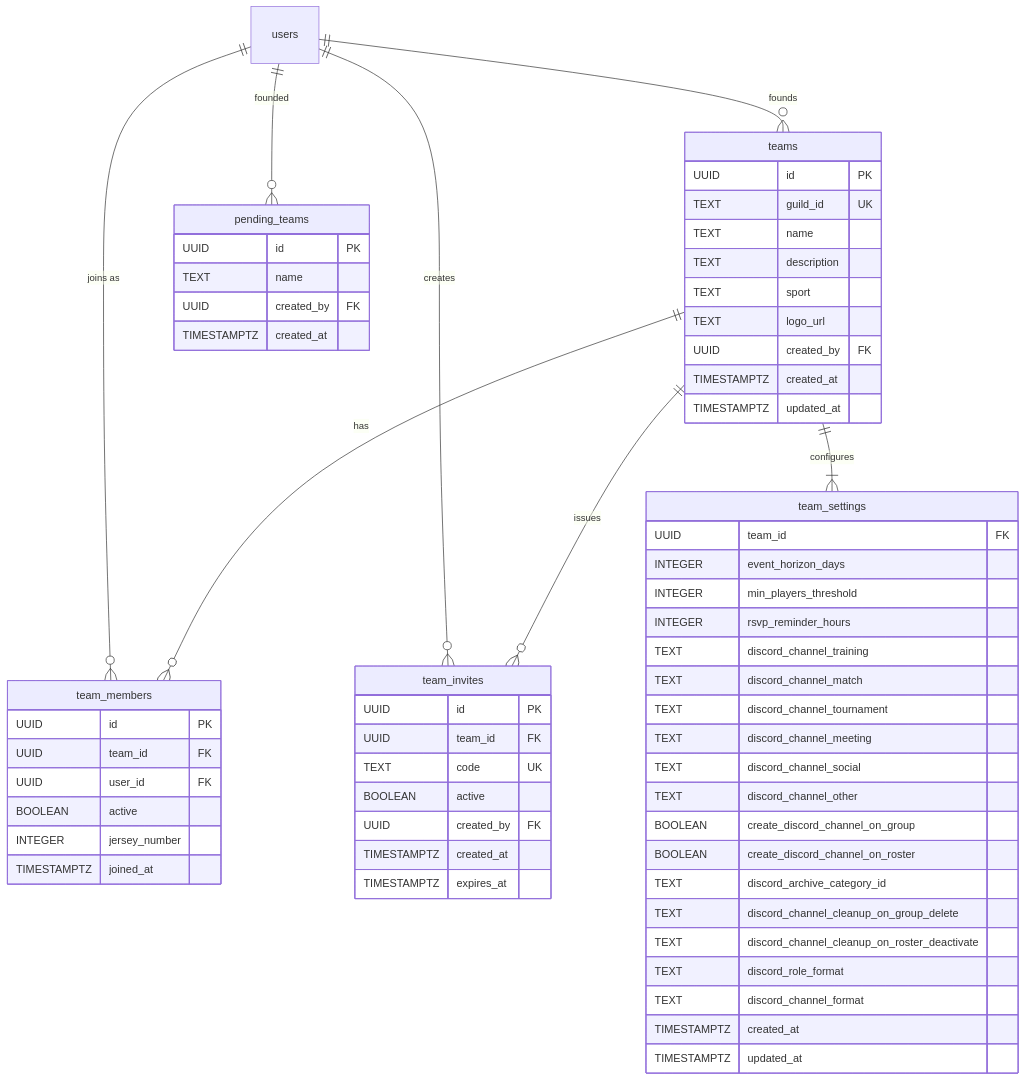
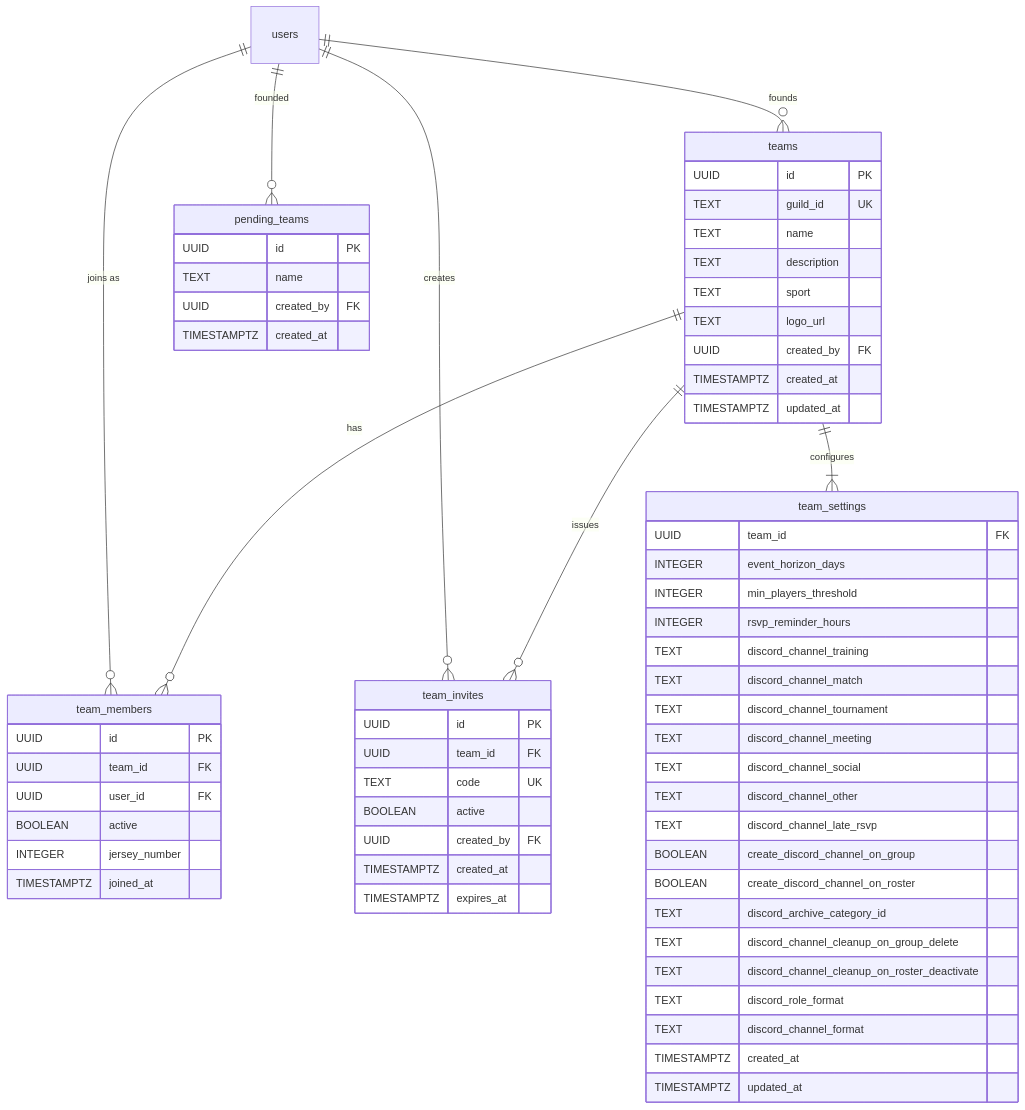
One commit to maxa-ondrej/sideline changed the third of 12 diagrams in docs/thesis/er-diagram.md. Above: the diagram before and after it, drawn with Mermaid. The commit also changed 22 other files, not shown here.

First line of the commit message:
feat: notify late RSVP channel and hint members to respond sooner (#178)

````diff
--- a/docs/thesis/er-diagram.md
+++ b/docs/thesis/er-diagram.md
@@ -143,70 +143,71 @@
 ```mermaid
 erDiagram
     teams {
         UUID id PK
         TEXT guild_id UK
         TEXT name
         TEXT description
         TEXT sport
         TEXT logo_url
         UUID created_by FK
         TIMESTAMPTZ created_at
         TIMESTAMPTZ updated_at
     }
 
     team_members {
         UUID id PK
         UUID team_id FK
         UUID user_id FK
         BOOLEAN active
         INTEGER jersey_number
         TIMESTAMPTZ joined_at
     }
 
     team_invites {
         UUID id PK
         UUID team_id FK
         TEXT code UK
         BOOLEAN active
         UUID created_by FK
         TIMESTAMPTZ created_at
         TIMESTAMPTZ expires_at
     }
 
     team_settings {
         UUID team_id FK
         INTEGER event_horizon_days
         INTEGER min_players_threshold
         INTEGER rsvp_reminder_hours
         TEXT discord_channel_training
         TEXT discord_channel_match
         TEXT discord_channel_tournament
         TEXT discord_channel_meeting
         TEXT discord_channel_social
         TEXT discord_channel_other
+        TEXT discord_channel_late_rsvp
         BOOLEAN create_discord_channel_on_group
         BOOLEAN create_discord_channel_on_roster
         TEXT discord_archive_category_id
         TEXT discord_channel_cleanup_on_group_delete
         TEXT discord_channel_cleanup_on_roster_deactivate
         TEXT discord_role_format
         TEXT discord_channel_format
         TIMESTAMPTZ created_at
         TIMESTAMPTZ updated_at
     }
 
     pending_teams {
         UUID id PK
         TEXT name
         UUID created_by FK
         TIMESTAMPTZ created_at
     }
 
     users ||--o{ teams : "founds"
     users ||--o{ team_members : "joins as"
     users ||--o{ team_invites : "creates"
     users ||--o{ pending_teams : "founded"
     teams ||--o{ team_members : "has"
     teams ||--o{ team_invites : "issues"
     teams ||--|{ team_settings : "configures"
 ```
````
